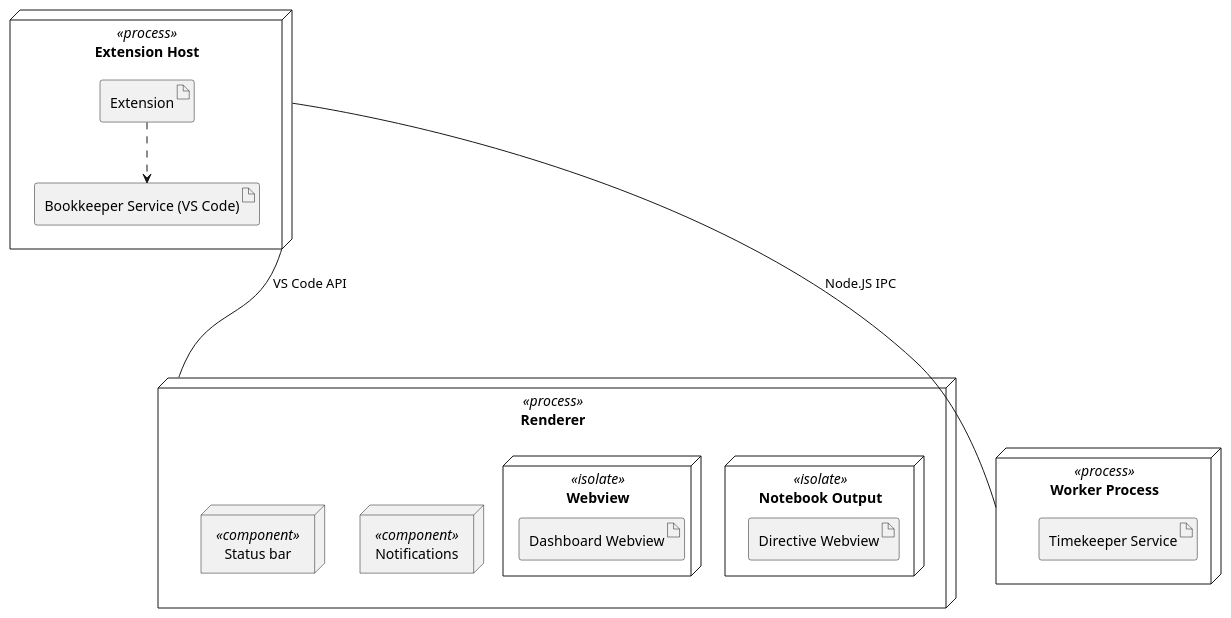
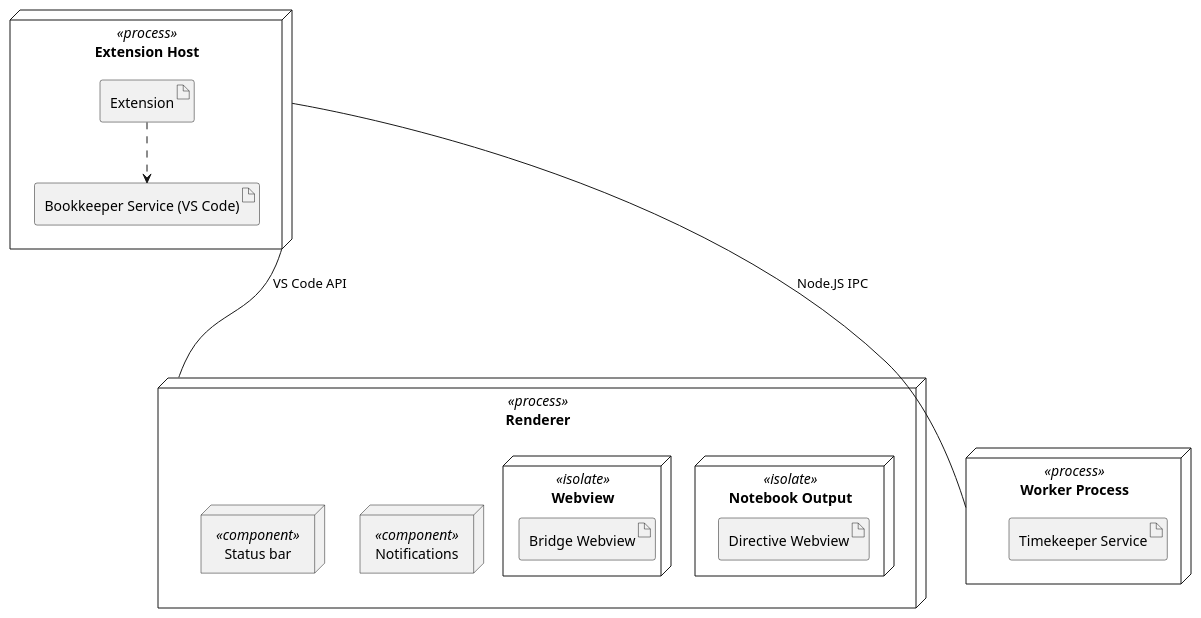
One commit to esdmr/notepadd changed the diagram in diagrams/services.plantuml. Above: the diagram before and after it, drawn with PlantUML. The commit also changed 2 other files, not shown here.

Commit message:
docs: dashboard is now called the bridge

```diff
--- a/diagrams/services.plantuml
+++ b/diagrams/services.plantuml
@@ -1,29 +1,29 @@
 @startuml services
 
 node "Extension Host" as host <<process>> {
 	artifact "Extension" as extension
 	artifact "Bookkeeper Service (VS Code)" as bookkeeper
 	extension ..> bookkeeper
 }
 
 node "Renderer" as renderer <<process>> {
 	node "Notebook Output" as output <<isolate>> {
 		artifact "Directive Webview" as notebook
 	}
 
 	node "Webview" as webview <<isolate>> {
-		artifact "Dashboard Webview" as dashboard
+		artifact "Bridge Webview" as bridge
 	}
 
 	node "Notifications" as notification <<component>>
 	node "Status bar" as status_bar <<component>>
 }
 
 node "Worker Process" as worker <<process>> {
 	artifact "Timekeeper Service" as timekeeper
 }
 
 host ---- renderer : VS Code API
 host ---- worker : Node.JS IPC
 
 @enduml
```
